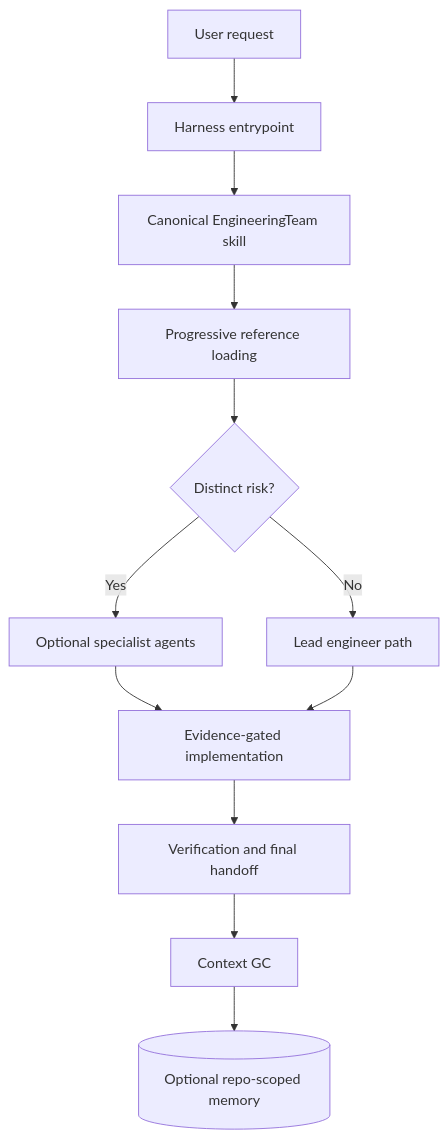
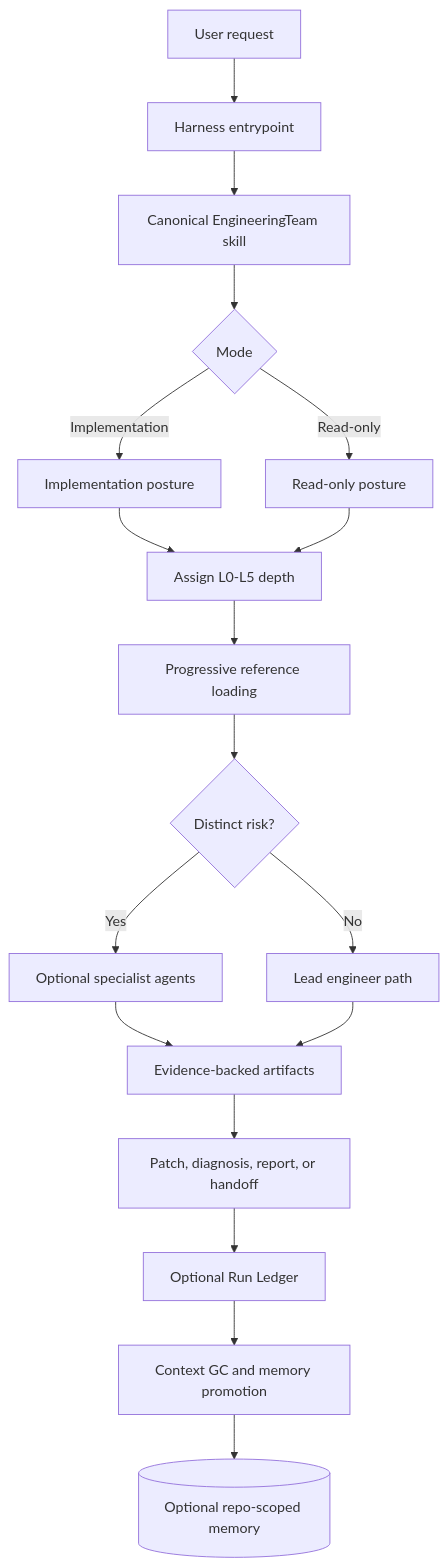
Before and after one commit to daeon/EngineeringTeam: the first of 4 diagrams in docs/design.md, drawn with Mermaid. The commit also changed other lines of this file, not shown here.

Commit message:
Update design docs for read-only depth and run ledger

````diff
--- a/docs/design.md
+++ b/docs/design.md
@@ -20,14 +20,20 @@
 ```mermaid
 flowchart TD
     request[User request] --> harness[Harness entrypoint]
     harness --> skill[Canonical EngineeringTeam skill]
-    skill --> refs[Progressive reference loading]
+    skill --> mode{Mode}
+    mode -->|Implementation| impl[Implementation posture]
+    mode -->|Read-only| analysis[Read-only posture]
+    impl --> depth[Assign L0-L5 depth]
+    analysis --> depth
+    depth --> refs[Progressive reference loading]
     refs --> routing{Distinct risk?}
     routing -->|Yes| specialists[Optional specialist agents]
     routing -->|No| lead[Lead engineer path]
-    specialists --> gate[Evidence-gated implementation]
-    lead --> gate
-    gate --> verify[Verification and final handoff]
-    verify --> gc[Context GC]
+    specialists --> evidence[Evidence-backed artifacts]
+    lead --> evidence
+    evidence --> outcome[Patch, diagnosis, report, or handoff]
+    outcome --> ledger[Optional Run Ledger]
+    ledger --> gc[Context GC and memory promotion]
     gc --> memory[(Optional repo-scoped memory)]
 ```
````
